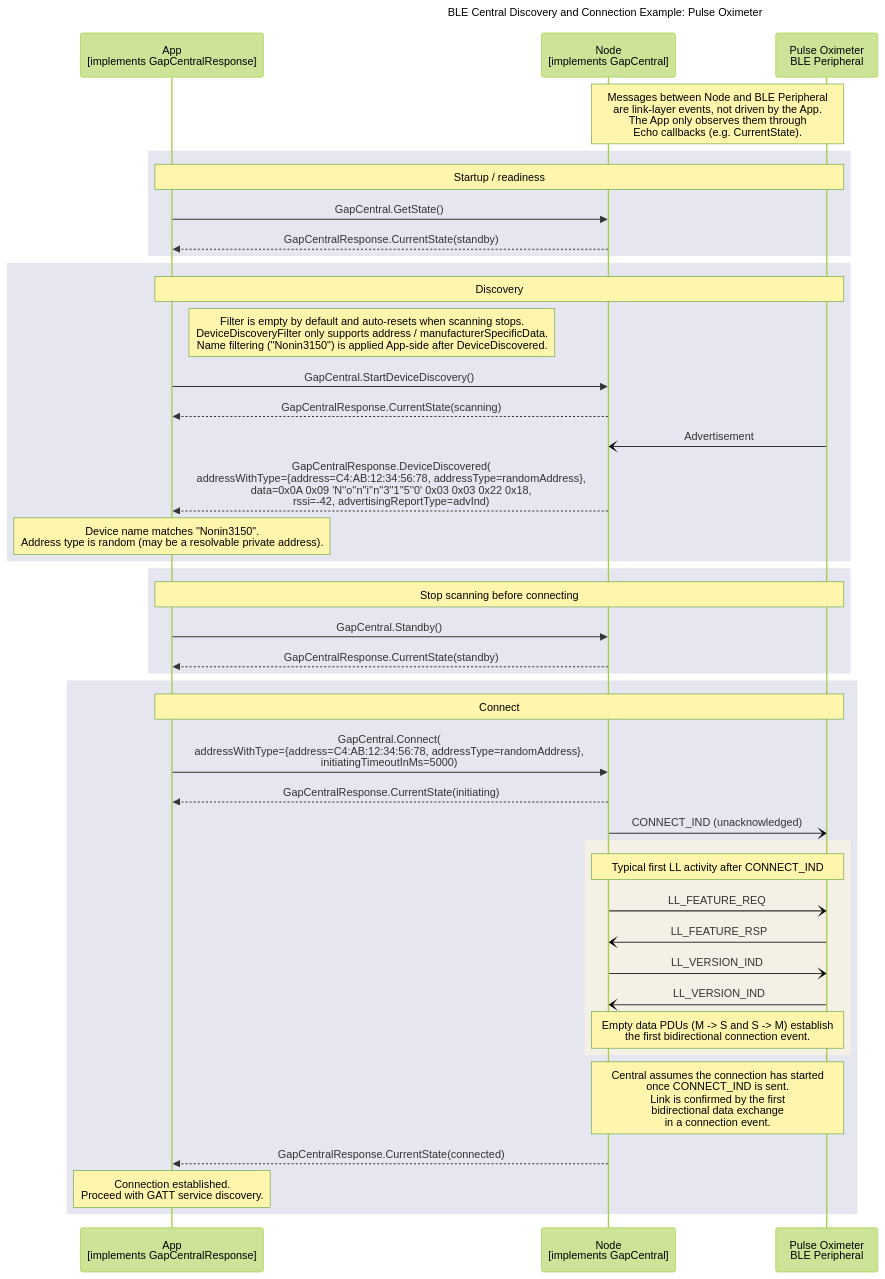
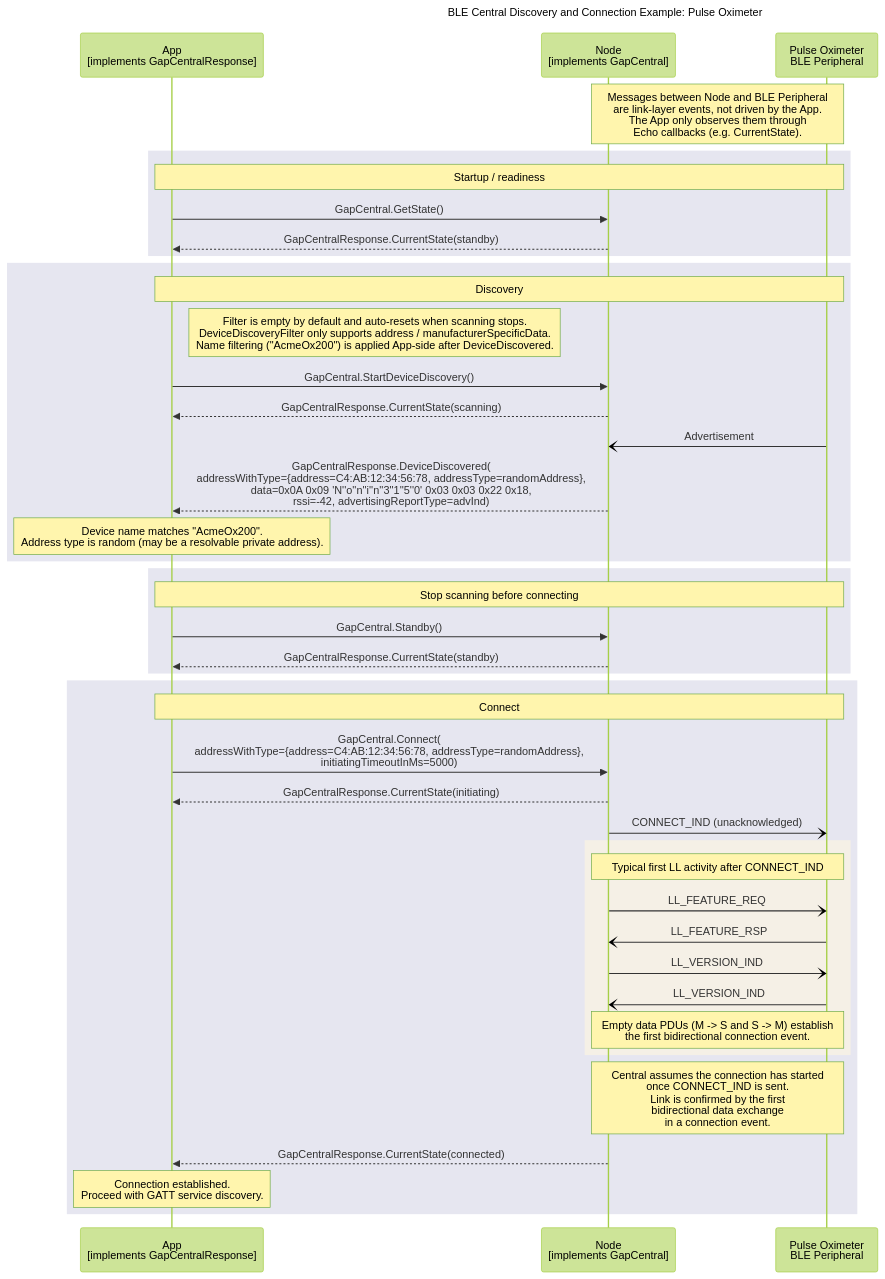
One commit to philips-software/amp-embedded-infra-lib changed the diagram in documents/modules/ROOT/partials/echoservices/gap_central/GapCentral_DiscoveryAndConnection_sequence_example.mmd. Above: the diagram before and after it, drawn with Mermaid (forest theme). The commit also changed 3 other files, not shown here.

```diff
--- a/documents/modules/ROOT/partials/echoservices/gap_central/GapCentral_DiscoveryAndConnection_sequence_example.mmd
+++ b/documents/modules/ROOT/partials/echoservices/gap_central/GapCentral_DiscoveryAndConnection_sequence_example.mmd
@@ -1,52 +1,52 @@
 sequenceDiagram
     title BLE Central Discovery and Connection Example: Pulse Oximeter
 
     participant App as App<br>[implements GapCentralResponse]
     participant Node as Node<br>[implements GapCentral]
     participant Peripheral as Pulse Oximeter<br>BLE Peripheral
 
     Note over Node, Peripheral: Messages between Node and BLE Peripheral<br>are link-layer events, not driven by the App.<br>The App only observes them through<br>Echo callbacks (e.g. CurrentState).
 
     rect rgb(230, 230, 240)
         note over App, Peripheral: Startup / readiness
         App->>Node: GapCentral.GetState()
         Node-->>App: GapCentralResponse.CurrentState(standby)
     end
 
     rect rgb(230, 230, 240)
         note over App, Peripheral: Discovery
-        Note right of App: Filter is empty by default and auto-resets when scanning stops.<br>DeviceDiscoveryFilter only supports address / manufacturerSpecificData.<br>Name filtering ("Nonin3150") is applied App-side after DeviceDiscovered.
+        Note right of App: Filter is empty by default and auto-resets when scanning stops.<br>DeviceDiscoveryFilter only supports address / manufacturerSpecificData.<br>Name filtering ("AcmeOx200") is applied App-side after DeviceDiscovered.
         App->>Node: GapCentral.StartDeviceDiscovery()
         Node-->>App: GapCentralResponse.CurrentState(scanning)
 
         Peripheral-)Node: Advertisement
         Node-->>App: GapCentralResponse.DeviceDiscovered(<br>addressWithType={address=C4:AB:12:34:56:78, addressType=randomAddress},<br>data=0x0A 0x09 'N''o''n''i''n''3''1''5''0' 0x03 0x03 0x22 0x18,<br>rssi=-42, advertisingReportType=advInd)
 
-        note over App: Device name matches "Nonin3150".<br>Address type is random (may be a resolvable private address).
+        note over App: Device name matches "AcmeOx200".<br>Address type is random (may be a resolvable private address).
     end
 
     rect rgb(230, 230, 240)
         note over App, Peripheral: Stop scanning before connecting
         App->>Node: GapCentral.Standby()
         Node-->>App: GapCentralResponse.CurrentState(standby)
     end
 
     rect rgb(230, 230, 240)
         note over App, Peripheral: Connect
         App->>Node: GapCentral.Connect(<br>addressWithType={address=C4:AB:12:34:56:78, addressType=randomAddress},<br>initiatingTimeoutInMs=5000)
         Node-->>App: GapCentralResponse.CurrentState(initiating)
 
         Node-)Peripheral: CONNECT_IND (unacknowledged)
         rect rgb(245, 240, 230)
             Note over Node, Peripheral: Typical first LL activity after CONNECT_IND
             Node-)Peripheral: LL_FEATURE_REQ
             Peripheral-)Node: LL_FEATURE_RSP
             Node-)Peripheral: LL_VERSION_IND
             Peripheral-)Node: LL_VERSION_IND
             Note over Node, Peripheral: Empty data PDUs (M -> S and S -> M) establish<br>the first bidirectional connection event.
         end
         Note over Node, Peripheral: Central assumes the connection has started<br>once CONNECT_IND is sent.<br>Link is confirmed by the first<br>bidirectional data exchange<br>in a connection event.
         Node-->>App: GapCentralResponse.CurrentState(connected)
 
         note over App: Connection established.<br>Proceed with GATT service discovery.
     end
```
